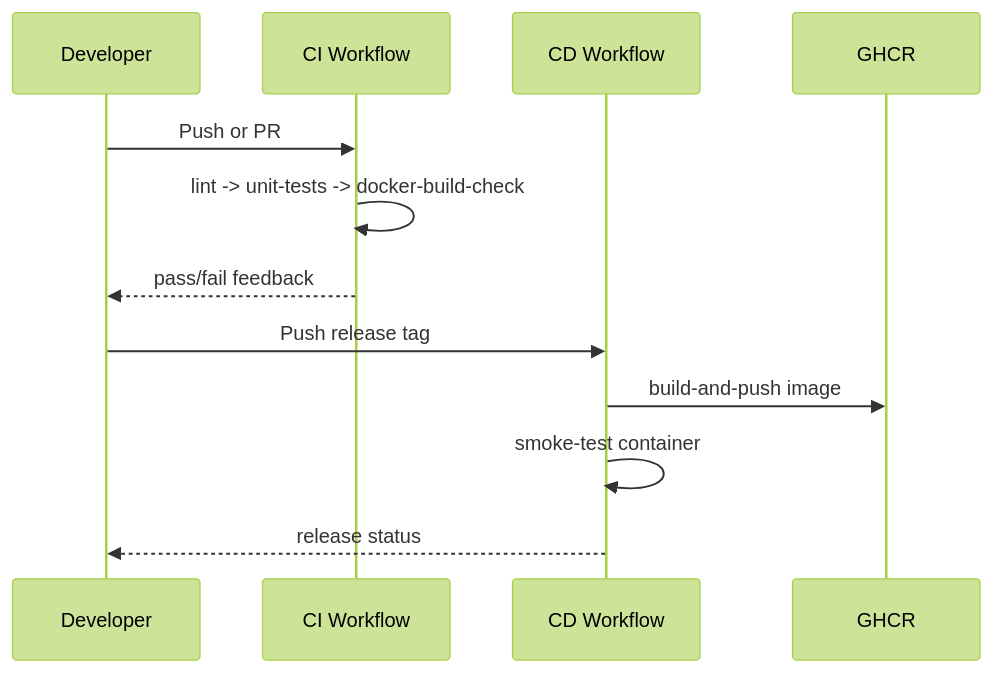
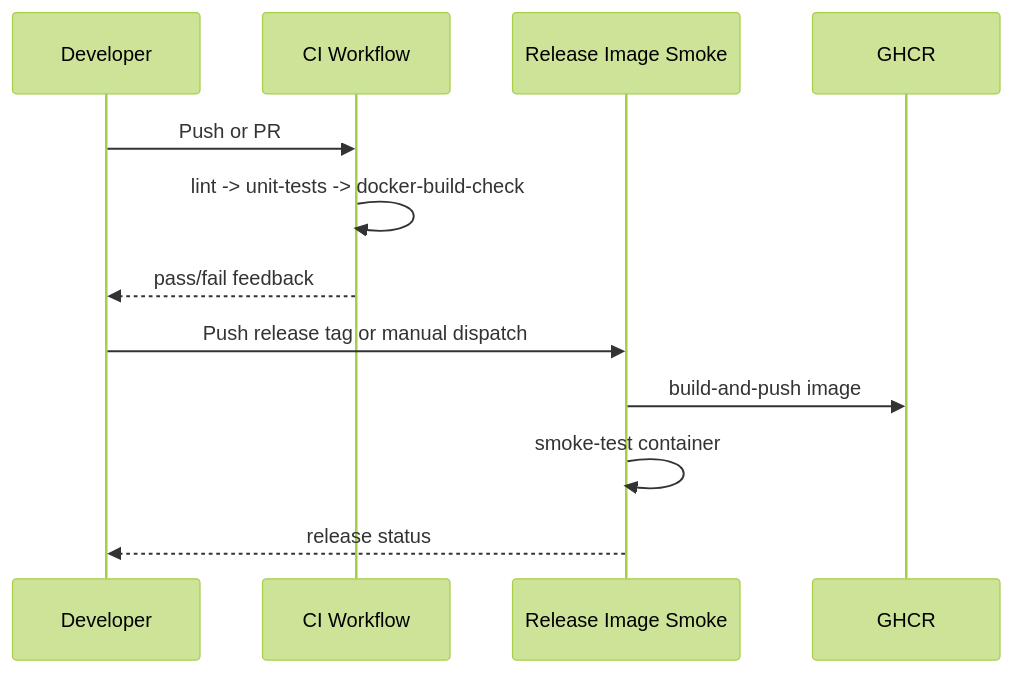
One commit to ShalinVachheta017/wearable-har-mlops-pipeline changed the third of 3 diagrams in .github/workflows/README.md. Above: the diagram before and after it, drawn with Mermaid (forest theme). The commit also changed other lines of this file and 450 other files, not shown here.

````diff
--- a/.github/workflows/README.md
+++ b/.github/workflows/README.md
@@ -52,16 +55,16 @@
 ```mermaid
 sequenceDiagram
   participant Dev as Developer
   participant CI as CI Workflow
-  participant CD as CD Workflow
+  participant CD as Release Image Smoke
   participant Reg as GHCR
 
   Dev->>CI: Push or PR
   CI->>CI: lint -> unit-tests -> docker-build-check
   CI-->>Dev: pass/fail feedback
 
-  Dev->>CD: Push release tag
+  Dev->>CD: Push release tag or manual dispatch
   CD->>Reg: build-and-push image
   CD->>CD: smoke-test container
   CD-->>Dev: release status
 ```
````
